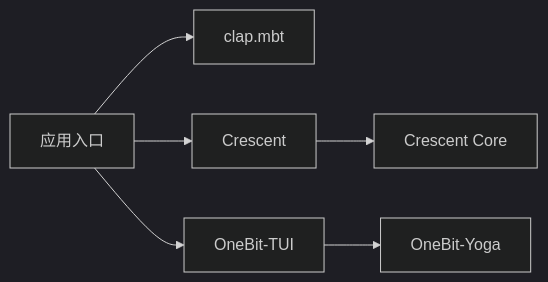
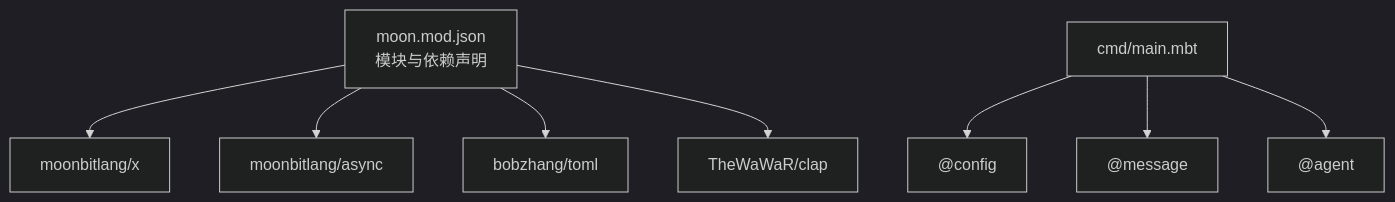
The seventh of 7 diagrams in .qoder/repowiki/zh/content/快速开始.md (hnlyxiaobing/MBOpenClacky), drawn with Mermaid (dark theme) before and after one commit. The commit also changed other lines of this file and 61 other files, not shown here.

First line of the commit message:
docs(repowiki): regenerate zh RepoWiki to match MoonBit module layout

````diff
--- a/.qoder/repowiki/zh/content/快速开始.md
+++ b/.qoder/repowiki/zh/content/快速开始.md
@@ -133,8 +266,10 @@
 ```mermaid
-graph LR
-App["应用入口"] --> CLAP["clap.mbt"]
-App --> CR["Crescent"]
-CR --> CORE["Crescent Core"]
-App --> TUI["OneBit-TUI"]
-TUI --> YOGA["OneBit-Yoga"]
+graph TB
+MOD["moon.mod.json<br/>模块与依赖声明"] --> D1["moonbitlang/x"]
+MOD --> D2["moonbitlang/async"]
+MOD --> D3["bobzhang/toml"]
+MOD --> D4["TheWaWaR/clap"]
+CMD["cmd/main.mbt"] --> CFG["@config"]
+CMD --> MSG["@message"]
+CMD --> AGN["@agent"]
 ```
````
